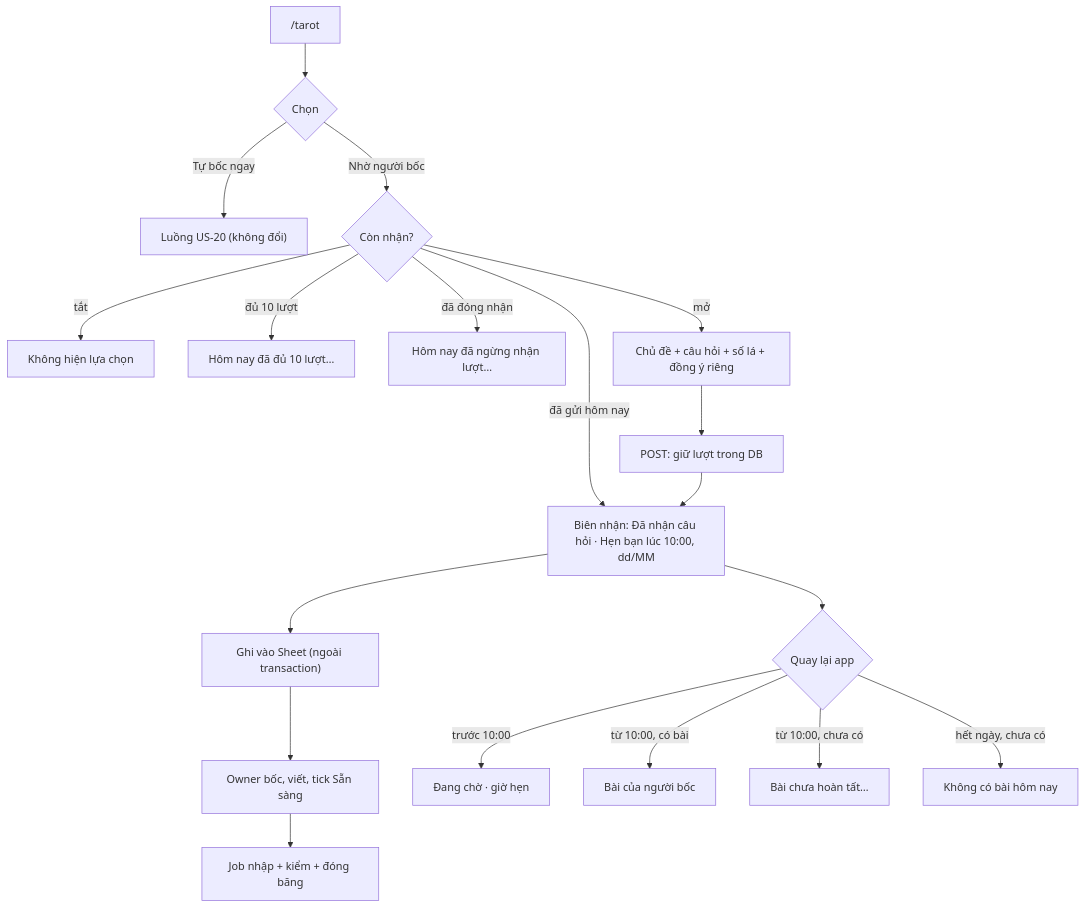
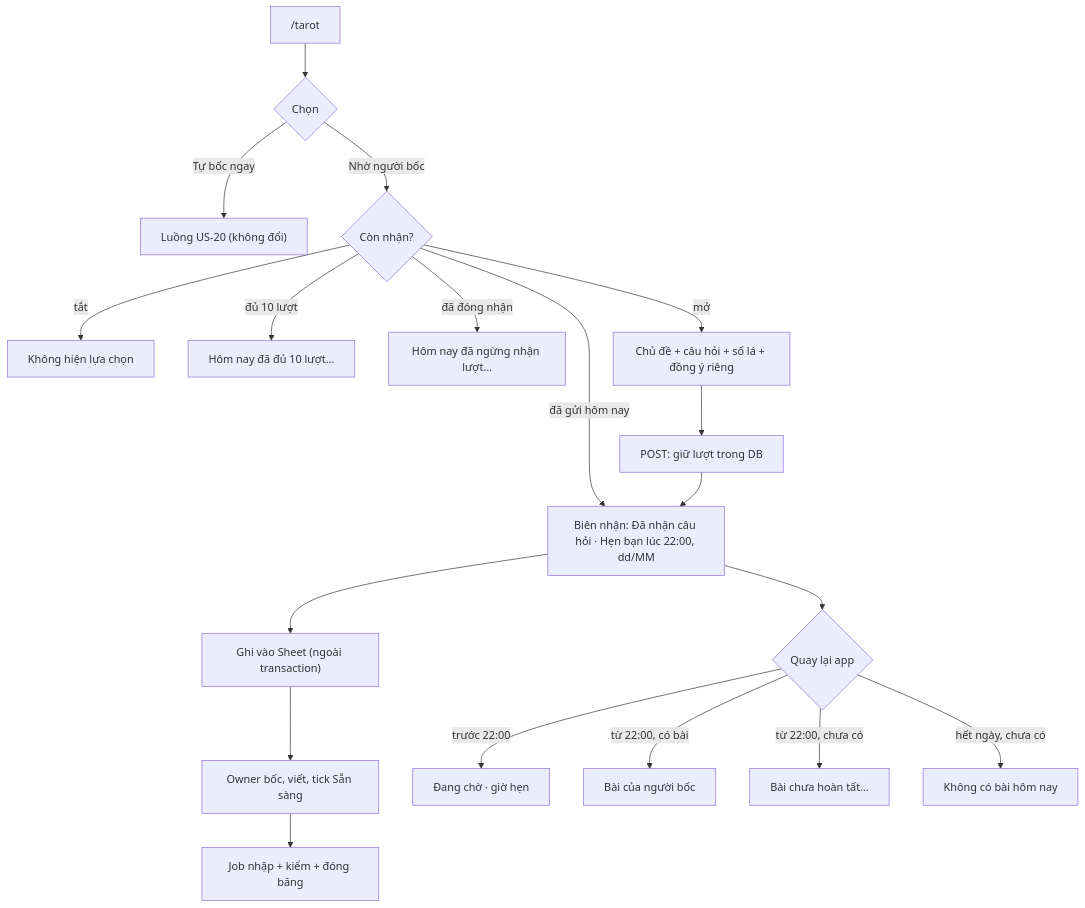
One commit to honghanh153-creator/la-lanh changed the diagram in docs/user-stories/US-24-tarot-nguoi-that-boc.md. Above: the diagram before and after it, drawn with Mermaid. The commit also changed other lines of this file and 1 other file, not shown here.

````diff
--- a/docs/user-stories/US-24-tarot-nguoi-that-boc.md
+++ b/docs/user-stories/US-24-tarot-nguoi-that-boc.md
@@ -57,19 +57,19 @@
 ```mermaid
 flowchart TD
   T["/tarot"] --> C{"Chọn"}
   C -->|"Tự bốc ngay"| S["Luồng US-20 (không đổi)"]
   C -->|"Nhờ người bốc"| A{"Còn nhận?"}
   A -->|"tắt"| X["Không hiện lựa chọn"]
   A -->|"đủ 10 lượt"| F["Hôm nay đã đủ 10 lượt…"]
   A -->|"đã đóng nhận"| Z["Hôm nay đã ngừng nhận lượt…"]
   A -->|"đã gửi hôm nay"| R
   A -->|"mở"| Q["Chủ đề + câu hỏi + số lá + đồng ý riêng"] --> P["POST: giữ lượt trong DB"]
-  P --> R["Biên nhận: Đã nhận câu hỏi · Hẹn bạn lúc 10:00, dd/MM"]
+  P --> R["Biên nhận: Đã nhận câu hỏi · Hẹn bạn lúc 22:00, dd/MM"]
   R --> E["Ghi vào Sheet (ngoài transaction)"]
   E --> O["Owner bốc, viết, tick Sẵn sàng"] --> I["Job nhập + kiểm + đóng băng"]
   R --> V{"Quay lại app"}
-  V -->|"trước 10:00"| W["Đang chờ · giờ hẹn"]
-  V -->|"từ 10:00, có bài"| B["Bài của người bốc"]
-  V -->|"từ 10:00, chưa có"| L["Bài chưa hoàn tất…"]
+  V -->|"trước 22:00"| W["Đang chờ · giờ hẹn"]
+  V -->|"từ 22:00, có bài"| B["Bài của người bốc"]
+  V -->|"từ 22:00, chưa có"| L["Bài chưa hoàn tất…"]
   V -->|"hết ngày, chưa có"| U["Không có bài hôm nay"]
 ```
````
